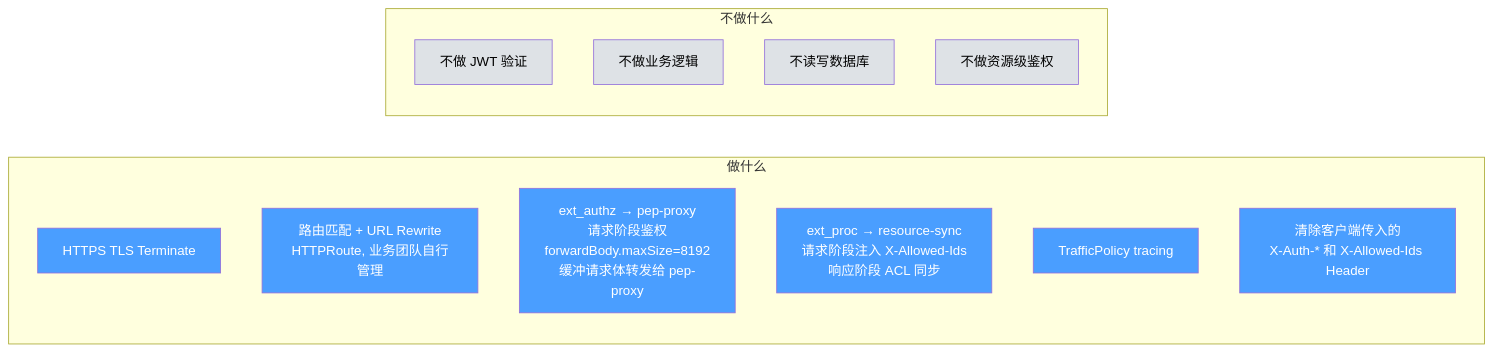
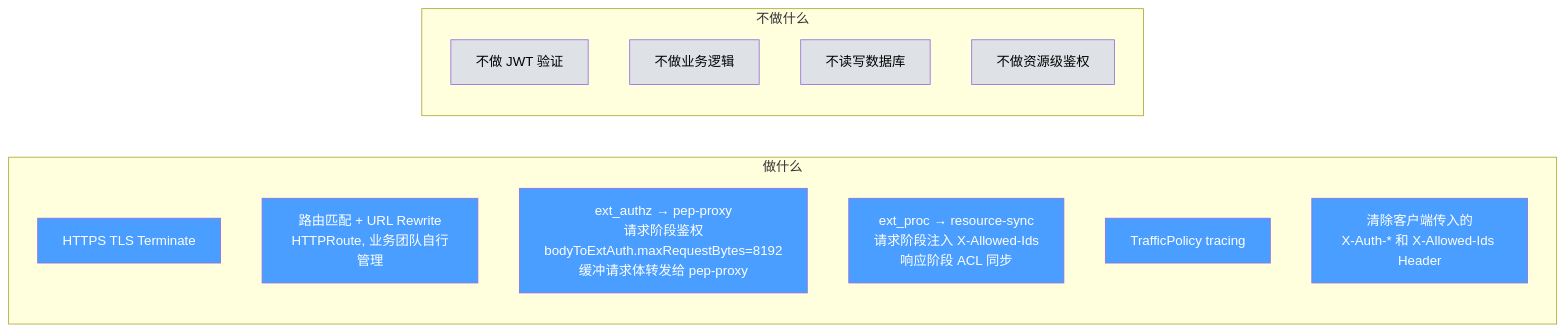
The second of 12 diagrams in diagrams/component-responsibility.md (xiewanchao/aidp-iam), drawn with Mermaid before and after one commit. The commit also changed other lines of this file and 47 other files, not shown here.

````diff
--- a/diagrams/component-responsibility.md
+++ b/diagrams/component-responsibility.md
@@ -86,29 +86,29 @@
 ```mermaid
 flowchart LR
     subgraph 做什么
         A1[HTTPS TLS Terminate]
         A2[路由匹配 + URL Rewrite<br/>HTTPRoute, 业务团队自行管理]
-        A3[ext_authz → pep-proxy<br/>请求阶段鉴权<br/>forwardBody.maxSize=8192<br/>缓冲请求体转发给 pep-proxy]
+        A3[ext_authz → pep-proxy<br/>请求阶段鉴权<br/>bodyToExtAuth.maxRequestBytes=8192<br/>缓冲请求体转发给 pep-proxy]
         A4[ext_proc → resource-sync<br/>请求阶段注入 X-Allowed-Ids<br/>响应阶段 ACL 同步]
         A5[TrafficPolicy tracing]
         A6[清除客户端传入的<br/>X-Auth-* 和 X-Allowed-Ids Header]
     end
 
     subgraph 不做什么
         B1[不做 JWT 验证]
         B2[不做业务逻辑]
         B3[不读写数据库]
         B4[不做资源级鉴权]
     end
 
     style A1 fill:#4a9eff,color:#fff
     style A2 fill:#4a9eff,color:#fff
     style A3 fill:#4a9eff,color:#fff
     style A4 fill:#4a9eff,color:#fff
     style A5 fill:#4a9eff,color:#fff
     style A6 fill:#4a9eff,color:#fff
     style B1 fill:#dee2e6,color:#000
     style B2 fill:#dee2e6,color:#000
     style B3 fill:#dee2e6,color:#000
     style B4 fill:#dee2e6,color:#000
 ```
````
